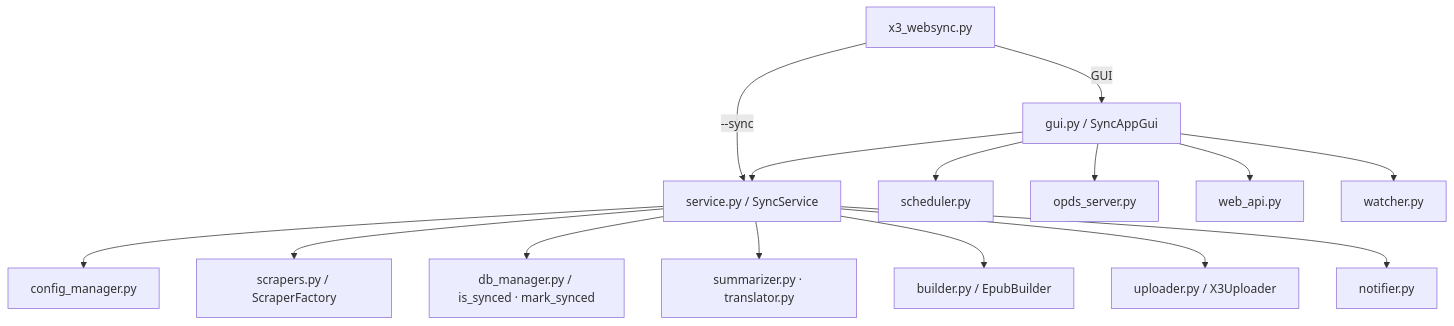
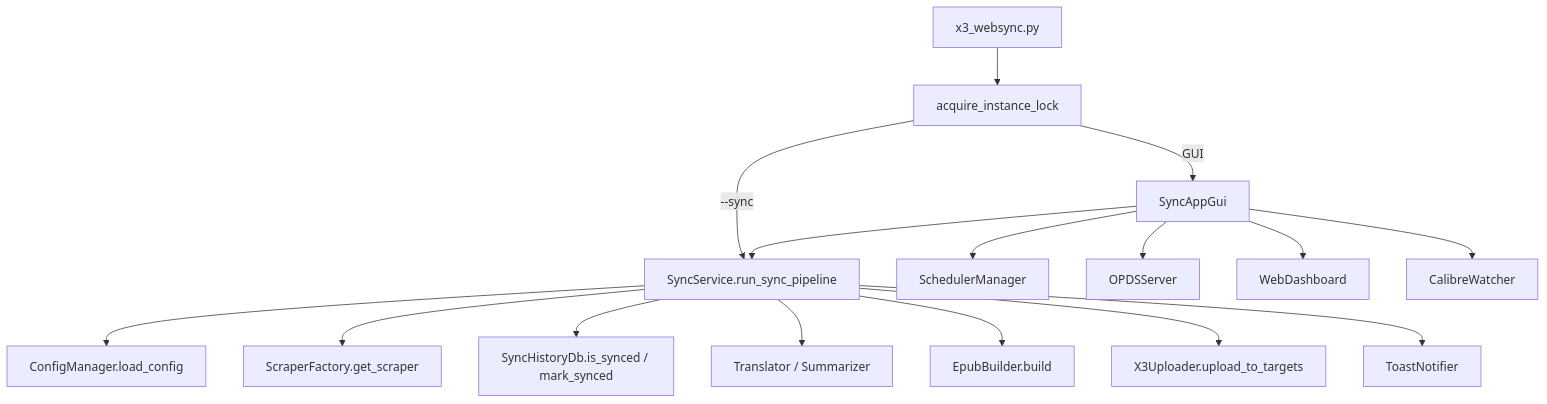
Before and after one commit to twbeatles/xteink-x3-websync: the diagram in PROJECT_AUDIT.md, drawn with Mermaid. The commit also changed other lines of this file and 27 other files, not shown here.

````diff
--- a/PROJECT_AUDIT.md
+++ b/PROJECT_AUDIT.md
@@ -54,17 +52,18 @@
 ```mermaid
 graph TD
-    Entry[x3_websync.py] -->|GUI| GUI[gui.py / SyncAppGui]
-    Entry -->|--sync| Svc[service.py / SyncService]
+    Entry[x3_websync.py] --> Lock[acquire_instance_lock]
+    Lock -->|GUI| GUI[SyncAppGui]
+    Lock -->|--sync| Svc[SyncService.run_sync_pipeline]
     GUI --> Svc
-    Svc --> CFG[config_manager.py]
-    Svc --> SCR[scrapers.py / ScraperFactory]
-    Svc --> DB[db_manager.py / is_synced · mark_synced]
-    Svc --> AI[summarizer.py · translator.py]
-    Svc --> BLD[builder.py / EpubBuilder]
-    Svc --> UPL[uploader.py / X3Uploader]
-    Svc --> NT[notifier.py]
-    GUI --> SCH[scheduler.py]
-    GUI --> OPDS[opds_server.py]
-    GUI --> WEB[web_api.py]
-    GUI --> WCH[watcher.py]
+    Svc --> CFG[ConfigManager.load_config]
+    Svc --> SCR[ScraperFactory.get_scraper]
+    Svc --> DB[SyncHistoryDb.is_synced / mark_synced]
+    Svc --> TR[Translator / Summarizer]
+    Svc --> BLD[EpubBuilder.build]
+    Svc --> UPL[X3Uploader.upload_to_targets]
+    Svc --> NT[ToastNotifier]
+    GUI --> SCH[SchedulerManager]
+    GUI --> OPDS[OPDSServer]
+    GUI --> WEB[WebDashboard]
+    GUI --> WCH[CalibreWatcher]
 ```
````
